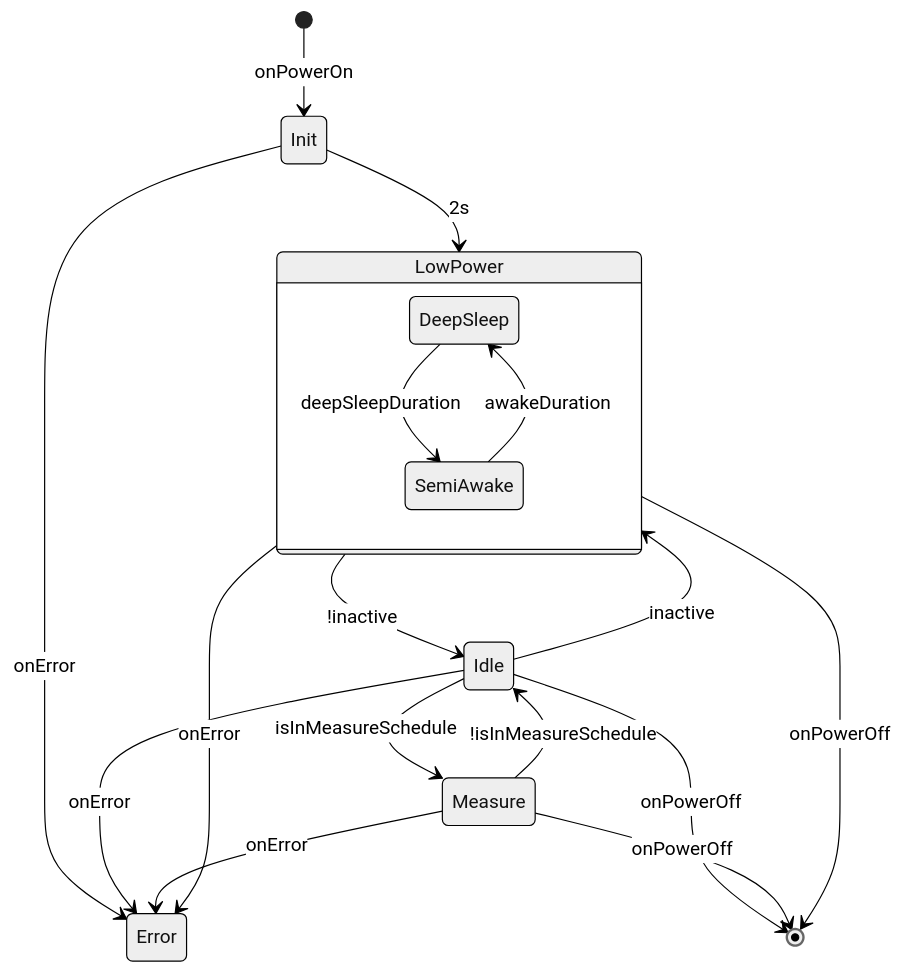
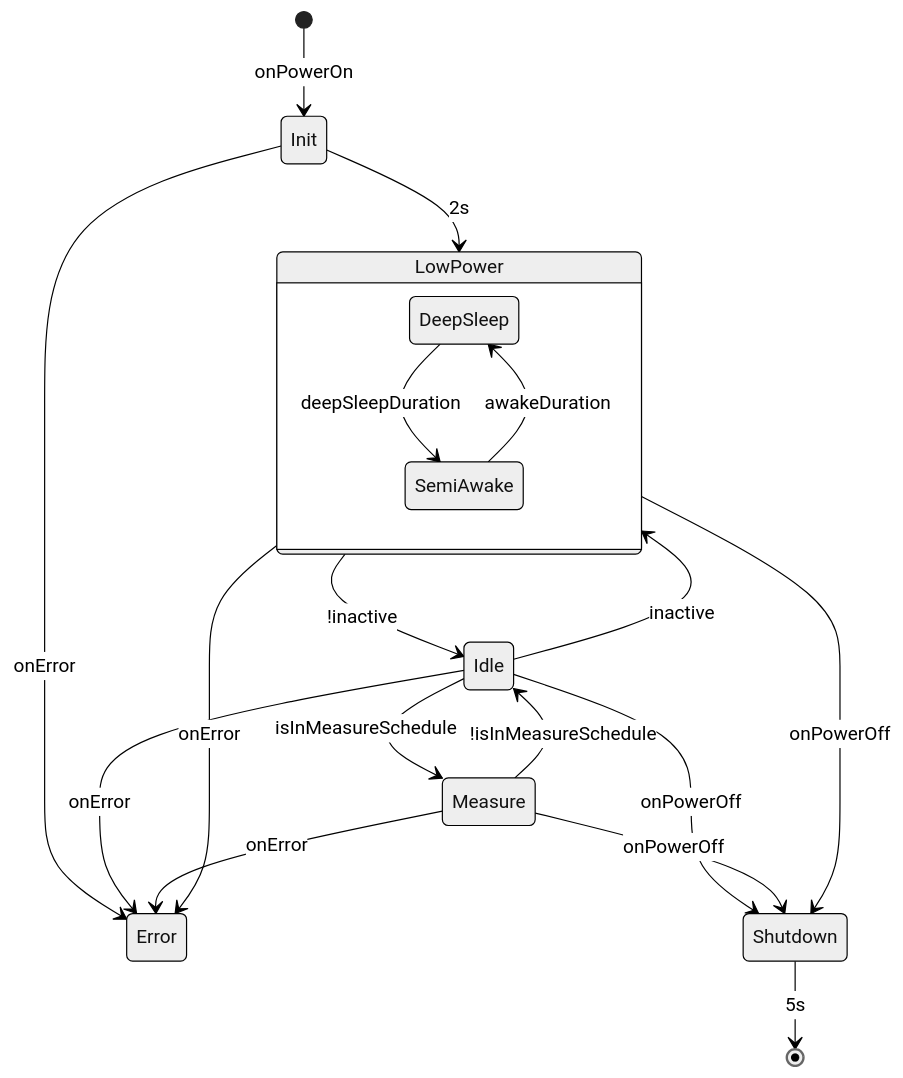
The diagram in Writerside/topics/acquisition-module.md (alius-doorstopper/documentation), drawn with Mermaid (neutral theme) before and after one commit. The commit also changed other lines of this file and 5 other files, not shown here.

````diff
--- a/Writerside/topics/acquisition-module.md
+++ b/Writerside/topics/acquisition-module.md
@@ -47,20 +47,21 @@
 ```mermaid
 stateDiagram-v2
 [*] --> Init : onPowerOn
 Init --> LowPower : 2s
 Idle --> LowPower : inactive
 LowPower --> Idle: !inactive
 state LowPower {
 DeepSleep --> SemiAwake : deepSleepDuration
 SemiAwake --> DeepSleep: awakeDuration
 }
 Idle --> Measure: isInMeasureSchedule
 Measure --> Idle: !isInMeasureSchedule
 Init --> Error: onError
 LowPower --> Error: onError
 Idle --> Error: onError
 Measure --> Error: onError
-Idle --> [*]: onPowerOff
-Measure --> [*]: onPowerOff
-LowPower --> [*]: onPowerOff
+Idle --> Shutdown :onPowerOff
+Measure --> Shutdown : onPowerOff
+LowPower --> Shutdown:  onPowerOff
+Shutdown --> [*] : 5s
 ```
````
